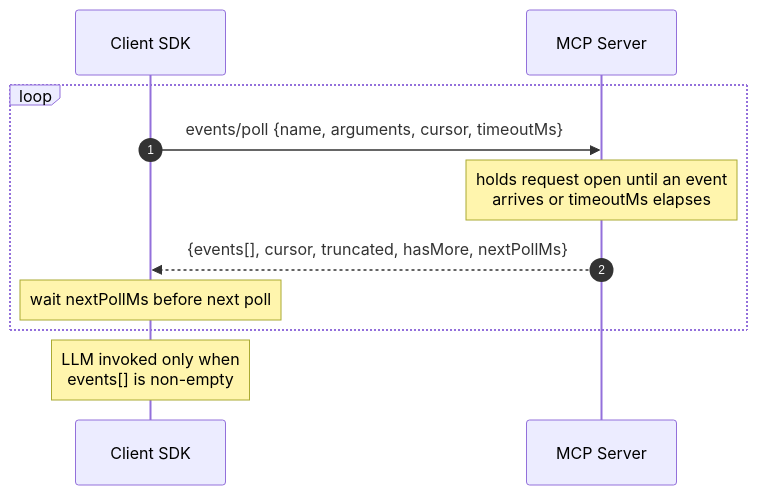
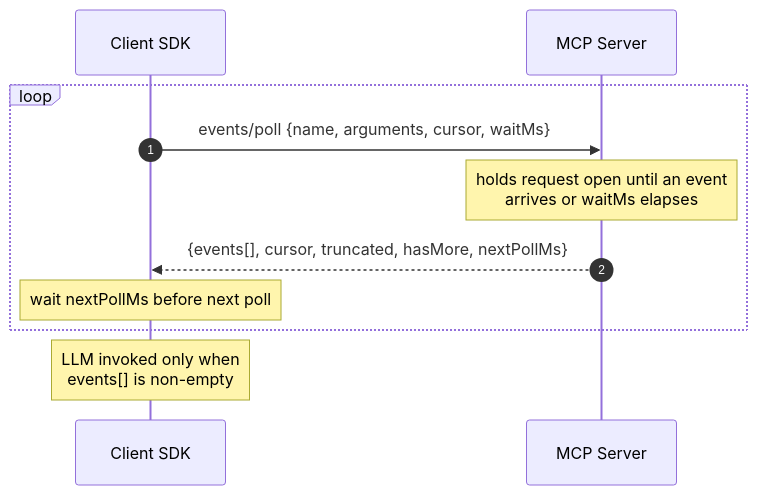
The first of 4 diagrams in docs/design-sketch-proposal.md (modelcontextprotocol/experimental-ext-triggers-events), drawn with Mermaid before and after one commit. The commit also changed other lines of this file, not shown here.

````diff
--- a/docs/design-sketch-proposal.md
+++ b/docs/design-sketch-proposal.md
@@ -128,14 +128,14 @@
 ```mermaid
 sequenceDiagram
     autonumber
     participant SDK as Client SDK
     participant Server as MCP Server
 
     loop
-        SDK->>Server: events/poll {name, arguments, cursor, timeoutMs}
-        Note over Server: holds request open until an event<br/>arrives or timeoutMs elapses
+        SDK->>Server: events/poll {name, arguments, cursor, waitMs}
+        Note over Server: holds request open until an event<br/>arrives or waitMs elapses
         Server-->>SDK: {events[], cursor, truncated, hasMore, nextPollMs}
         Note over SDK: wait nextPollMs before next poll
     end
     Note over SDK: LLM invoked only when<br/>events[] is non-empty
 ```
````
